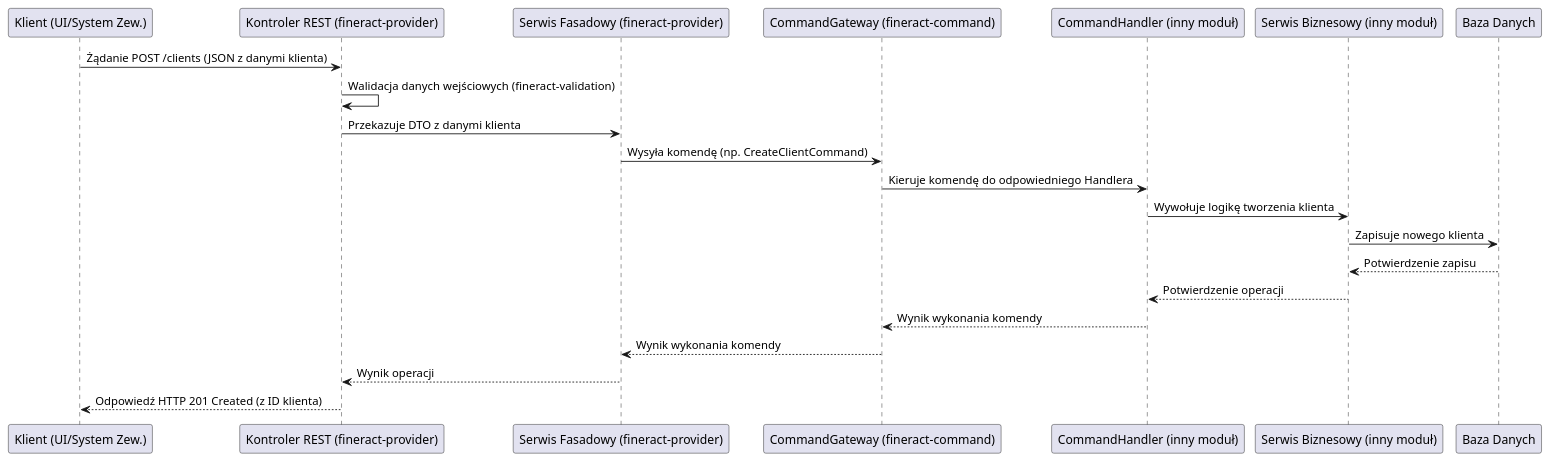
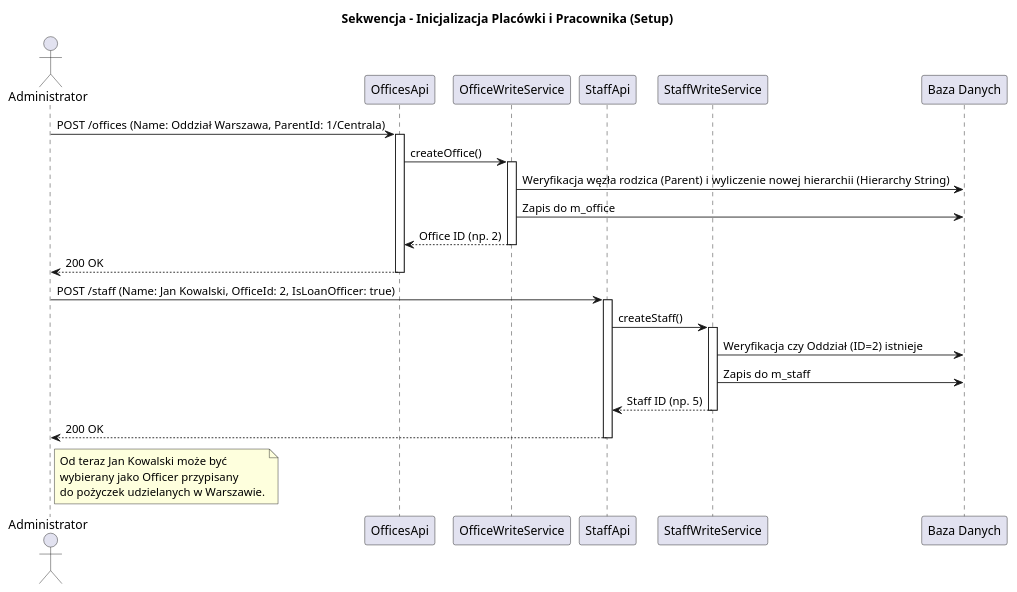
The second of 2 diagrams in docs/fineract-provider.md (mrkwjck/fineract), drawn with PlantUML before and after one commit. The commit also changed other lines of this file and 36 other files, not shown here.

````diff
--- a/docs/fineract-provider.md
+++ b/docs/fineract-provider.md
@@ -32,25 +54,43 @@
 ```plantuml
 @startuml
-participant "Klient (UI/System Zew.)" as Client
-participant "Kontroler REST (fineract-provider)" as RestController
-participant "Serwis Fasadowy (fineract-provider)" as FacadeService
-participant "CommandGateway (fineract-command)" as CommandGateway
-participant "CommandHandler (inny moduł)" as CommandHandler
-participant "Serwis Biznesowy (inny moduł)" as BusinessService
-participant "Baza Danych" as Database
+title Sekwencja - Inicjalizacja Placówki i Pracownika (Setup)
 
-Client -> RestController: Żądanie POST /clients (JSON z danymi klienta)
-RestController -> RestController: Walidacja danych wejściowych (fineract-validation)
-RestController -> FacadeService: Przekazuje DTO z danymi klienta
-FacadeService -> CommandGateway: Wysyła komendę (np. CreateClientCommand)
-CommandGateway -> CommandHandler: Kieruje komendę do odpowiedniego Handlera
-CommandHandler -> BusinessService: Wywołuje logikę tworzenia klienta
-BusinessService -> Database: Zapisuje nowego klienta
-Database --> BusinessService: Potwierdzenie zapisu
-BusinessService --> CommandHandler: Potwierdzenie operacji
-CommandHandler --> CommandGateway: Wynik wykonania komendy
-CommandGateway --> FacadeService: Wynik wykonania komendy
-FacadeService --> RestController: Wynik operacji
-RestController --> Client: Odpowiedź HTTP 201 Created (z ID klienta)
+actor Administrator as admin
+participant "OfficesApi" as office_api
+participant "OfficeWriteService" as office_svc
+participant "StaffApi" as staff_api
+participant "StaffWriteService" as staff_svc
+participant "Baza Danych" as db
+
+admin -> office_api: POST /offices (Name: Oddział Warszawa, ParentId: 1/Centrala)
+activate office_api
+office_api -> office_svc: createOffice()
+activate office_svc
+
+office_svc -> db: Weryfikacja węzła rodzica (Parent) i wyliczenie nowej hierarchii (Hierarchy String)
+office_svc -> db: Zapis do m_office
+office_svc --> office_api: Office ID (np. 2)
+deactivate office_svc
+office_api --> admin: 200 OK
+deactivate office_api
+
+admin -> staff_api: POST /staff (Name: Jan Kowalski, OfficeId: 2, IsLoanOfficer: true)
+activate staff_api
+staff_api -> staff_svc: createStaff()
+activate staff_svc
+
+staff_svc -> db: Weryfikacja czy Oddział (ID=2) istnieje
+staff_svc -> db: Zapis do m_staff
+staff_svc --> staff_api: Staff ID (np. 5)
+deactivate staff_svc
+staff_api --> admin: 200 OK
+deactivate staff_api
+
+note right of admin
+Od teraz Jan Kowalski może być
+wybierany jako Officer przypisany
+do pożyczek udzielanych w Warszawie.
+end note
+
 @enduml
 ```
````
